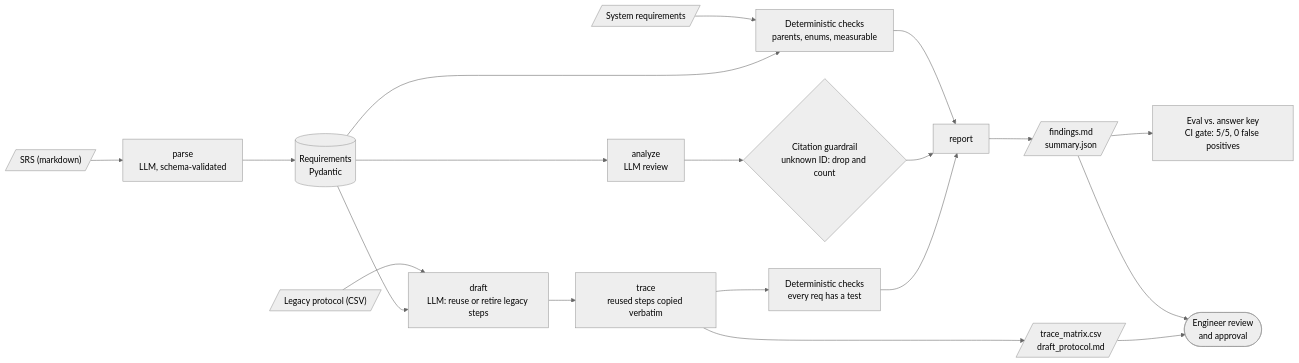
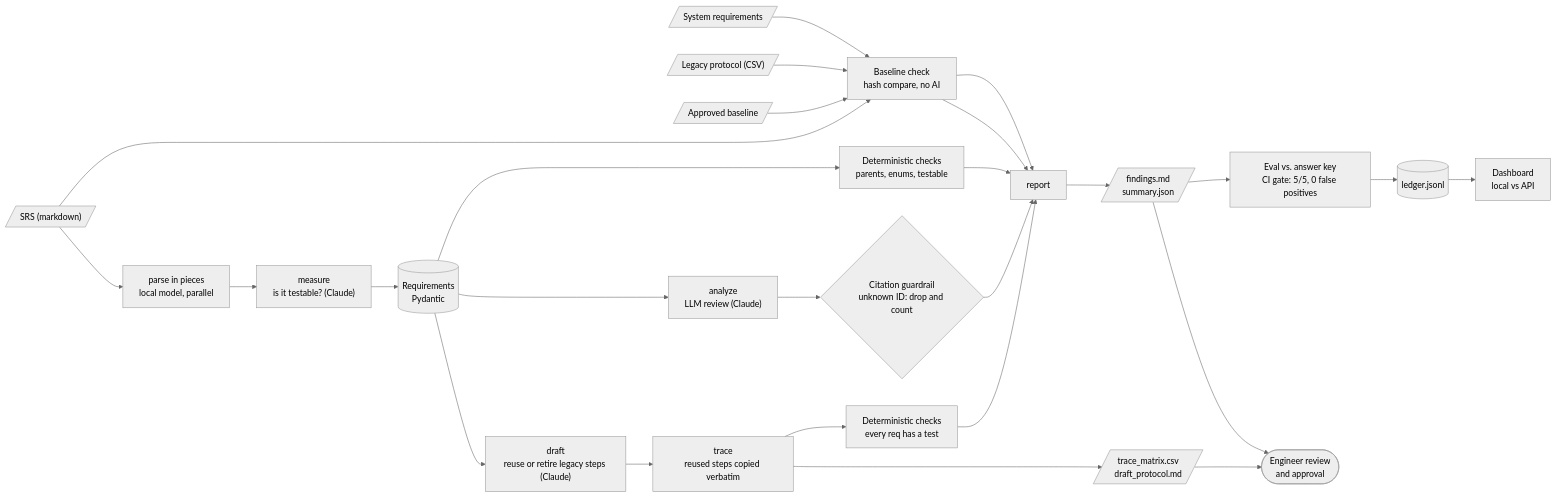
The diagram in README.md (vladbondarenko97/reqtrace), drawn with Mermaid (neutral theme) before and after one commit. The commit also changed other lines of this file and 43 other files, not shown here.

First line of the commit message:
feat: local-model routing, baseline check, cost model and dashboard

````diff
--- a/README.md
+++ b/README.md
@@ -49,21 +86,27 @@
 ```mermaid
 flowchart LR
-  SRS[/"SRS (markdown)"/] --> P["parse<br/>LLM, schema-validated"]
-  SYS[/"System requirements"/] --> C1
-  LEG[/"Legacy protocol (CSV)"/] --> D
-  P --> REQ[("Requirements<br/>Pydantic")]
-  REQ --> C1["Deterministic checks<br/>parents, enums, measurable"]
-  REQ --> A["analyze<br/>LLM review"]
+  SRS[/"SRS (markdown)"/] --> I
+  SYS[/"System requirements"/] --> I
+  LEG[/"Legacy protocol (CSV)"/] --> I
+  BASE[/"Approved baseline"/] --> I["Baseline check<br/>hash compare, no AI"]
+  I --> R0
+  SRS --> P["parse in pieces<br/>local model, parallel"]
+  P --> M["measure<br/>is it testable? (Claude)"]
+  M --> REQ[("Requirements<br/>Pydantic")]
+  REQ --> C1["Deterministic checks<br/>parents, enums, testable"]
+  REQ --> A["analyze<br/>LLM review (Claude)"]
   A --> G{"Citation guardrail<br/>unknown ID: drop and count"}
-  REQ --> D["draft<br/>LLM: reuse or retire legacy steps"]
+  REQ --> D["draft<br/>reuse or retire legacy steps (Claude)"]
   D --> T["trace<br/>reused steps copied verbatim"]
   T --> C2["Deterministic checks<br/>every req has a test"]
-  C1 --> R["report"]
-  G --> R
-  C2 --> R
-  T --> M[/"trace_matrix.csv<br/>draft_protocol.md"/]
-  R --> F[/"findings.md<br/>summary.json"/]
+  C1 --> R0["report"]
+  G --> R0
+  C2 --> R0
+  I --> R0
+  T --> MX[/"trace_matrix.csv<br/>draft_protocol.md"/]
+  R0 --> F[/"findings.md<br/>summary.json"/]
   F --> E["Eval vs. answer key<br/>CI gate: 5/5, 0 false positives"]
+  E --> L[("ledger.jsonl")] --> DB["Dashboard<br/>local vs API"]
   F --> H(["Engineer review<br/>and approval"])
-  M --> H
+  MX --> H
 ```
````
